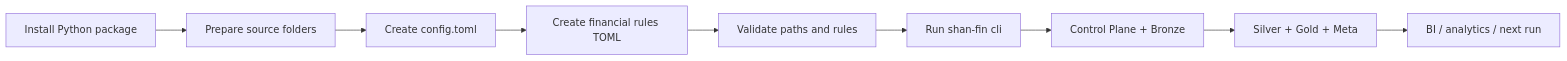
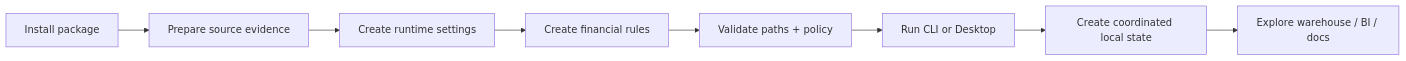
Before and after one commit to tks18/personal-finance-etl: the first of 2 diagrams in docs/getting-started/README.md, drawn with Mermaid. The commit also changed other lines of this file and 3 other files, not shown here.

````diff
--- a/docs/getting-started/README.md
+++ b/docs/getting-started/README.md
@@ -14,11 +13,13 @@
 ```mermaid
 flowchart LR
-    A[Install Python package] --> B[Prepare source folders]
-    B --> C[Create config.toml]
-    C --> D[Create financial rules TOML]
-    D --> E[Validate paths and rules]
-    E --> F[Run shan-fin cli]
-    F --> G[Control Plane + Bronze]
-    G --> H[Silver + Gold + Meta]
-    H --> I[BI / analytics / next run]
+    ENV["Install package"]
+    SRC["Prepare source evidence"]
+    CFG["Create runtime settings"]
+    RULES["Create financial rules"]
+    VALIDATE["Validate paths + policy"]
+    RUN["Run CLI or Desktop"]
+    STATE["Create coordinated local state"]
+    EXPLORE["Explore warehouse / BI / docs"]
+
+    ENV --> SRC --> CFG --> RULES --> VALIDATE --> RUN --> STATE --> EXPLORE
 ```
````
